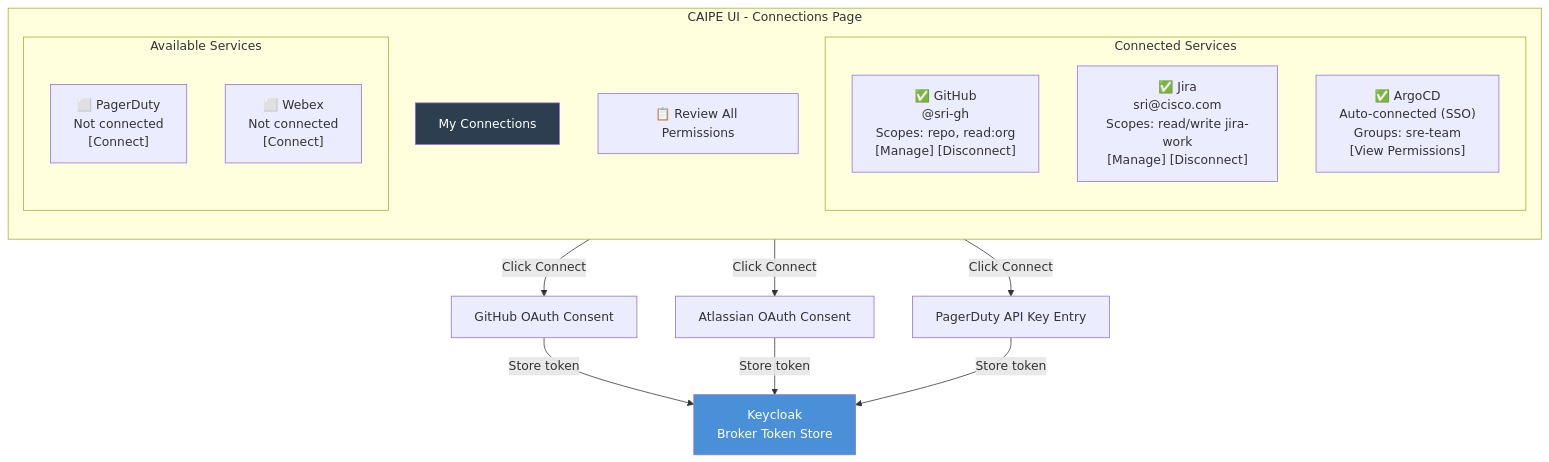
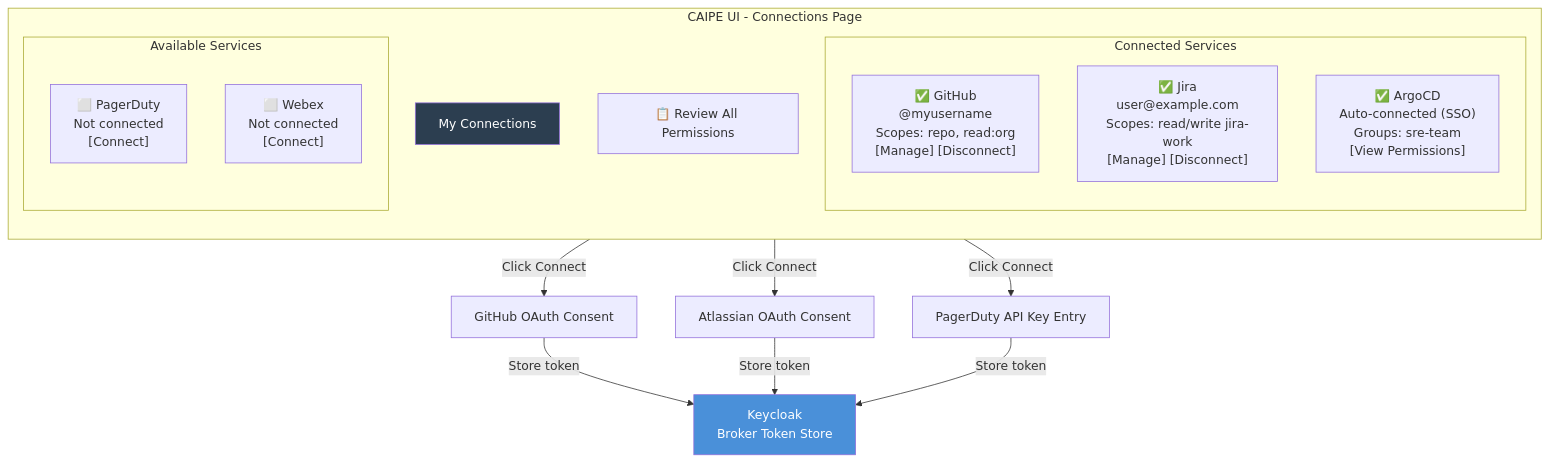
The sixth of 9 diagrams in docs/docs/architecture/enterprise-identity-federation.md (cnoe-io/ai-platform-engineering), drawn with Mermaid before and after one commit. The commit also changed other lines of this file, not shown here.

First line of the commit message:
docs(architecture): remove Cisco-specific references, make doc generic

````diff
--- a/docs/docs/architecture/enterprise-identity-federation.md
+++ b/docs/docs/architecture/enterprise-identity-federation.md
@@ -646,31 +646,31 @@
 ```mermaid
 graph TB
     subgraph "CAIPE UI - Connections Page"
         direction TB
         HEADER["My Connections"]
         
         subgraph "Connected Services"
-            GH_CARD["✅ GitHub<br/>@sri-gh<br/>Scopes: repo, read:org<br/>[Manage] [Disconnect]"]
-            JIRA_CARD["✅ Jira<br/>sri@cisco.com<br/>Scopes: read/write jira-work<br/>[Manage] [Disconnect]"]
+            GH_CARD["✅ GitHub<br/>@myusername<br/>Scopes: repo, read:org<br/>[Manage] [Disconnect]"]
+            JIRA_CARD["✅ Jira<br/>user@example.com<br/>Scopes: read/write jira-work<br/>[Manage] [Disconnect]"]
             ARGO_CARD["✅ ArgoCD<br/>Auto-connected (SSO)<br/>Groups: sre-team<br/>[View Permissions]"]
         end
 
         subgraph "Available Services"
             PD_CARD["⬜ PagerDuty<br/>Not connected<br/>[Connect]"]
             WEBEX_CARD["⬜ Webex<br/>Not connected<br/>[Connect]"]
         end
 
         PERMS["📋 Review All Permissions"]
     end
 
     GH_CARD -->|"Click Connect"| OAUTH_GH["GitHub OAuth Consent"]
     JIRA_CARD -->|"Click Connect"| OAUTH_JIRA["Atlassian OAuth Consent"]
     PD_CARD -->|"Click Connect"| API_PD["PagerDuty API Key Entry"]
 
     OAUTH_GH -->|"Store token"| KC["Keycloak<br/>Broker Token Store"]
     OAUTH_JIRA -->|"Store token"| KC
     API_PD -->|"Store token"| KC
 
     style HEADER fill:#2C3E50,color:#fff
     style KC fill:#4A90D9,color:#fff
 ```
````
